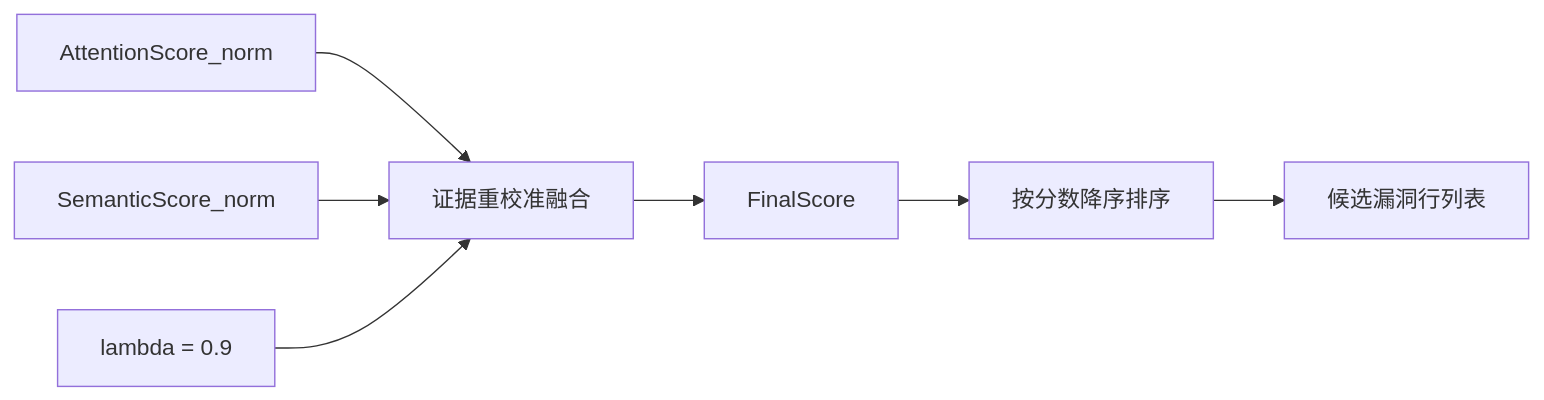
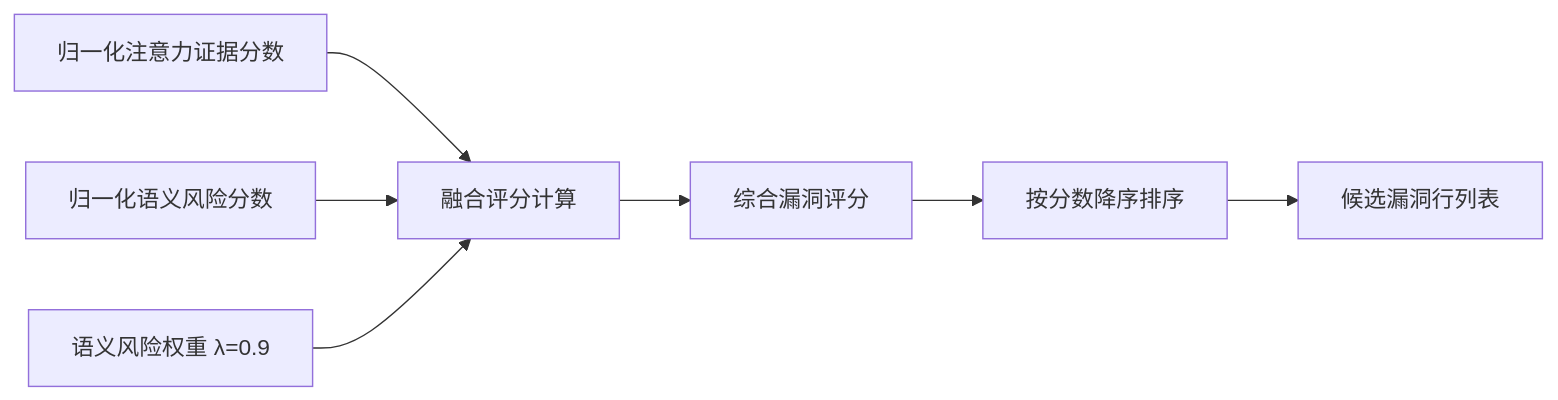
The third of 5 diagrams in docs/thesis/figures_mermaid.md (ATao-Zhang/msgvd), drawn with Mermaid before and after one commit. The commit also changed other lines of this file, not shown here.

Commit message:
fix: 修复论文公式与流程图在 GitHub 中的显示问题

````diff
--- a/docs/thesis/figures_mermaid.md
+++ b/docs/thesis/figures_mermaid.md
@@ -75,9 +75,9 @@
 ```mermaid
 flowchart LR
-    A["AttentionScore_norm"] --> C["证据重校准融合"]
-    B["SemanticScore_norm"] --> C
-    L["lambda = 0.9"] --> C
-    C --> D["FinalScore"]
+    A["归一化注意力证据分数"] --> C["融合评分计算"]
+    B["归一化语义风险分数"] --> C
+    L["语义风险权重 λ=0.9"] --> C
+    C --> D["综合漏洞评分"]
     D --> E["按分数降序排序"]
     E --> F["候选漏洞行列表"]
 ```
````
